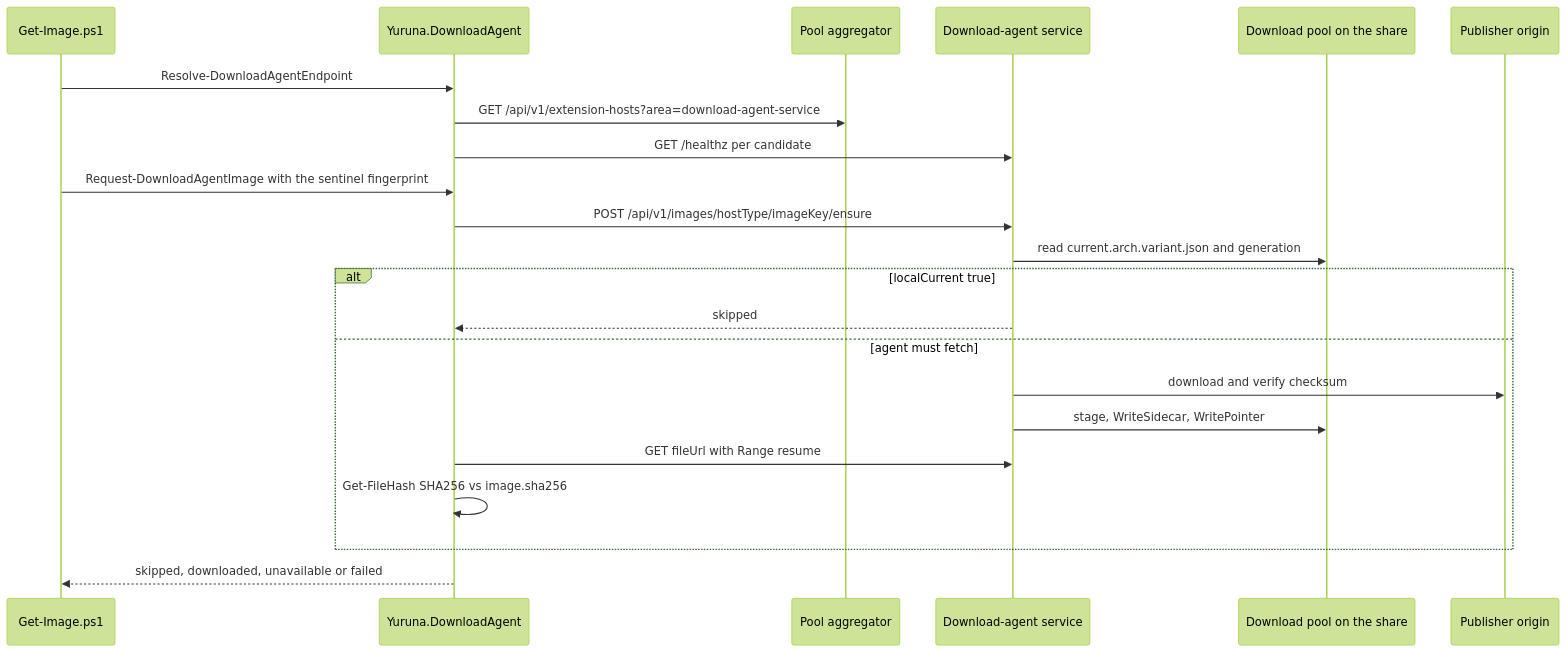
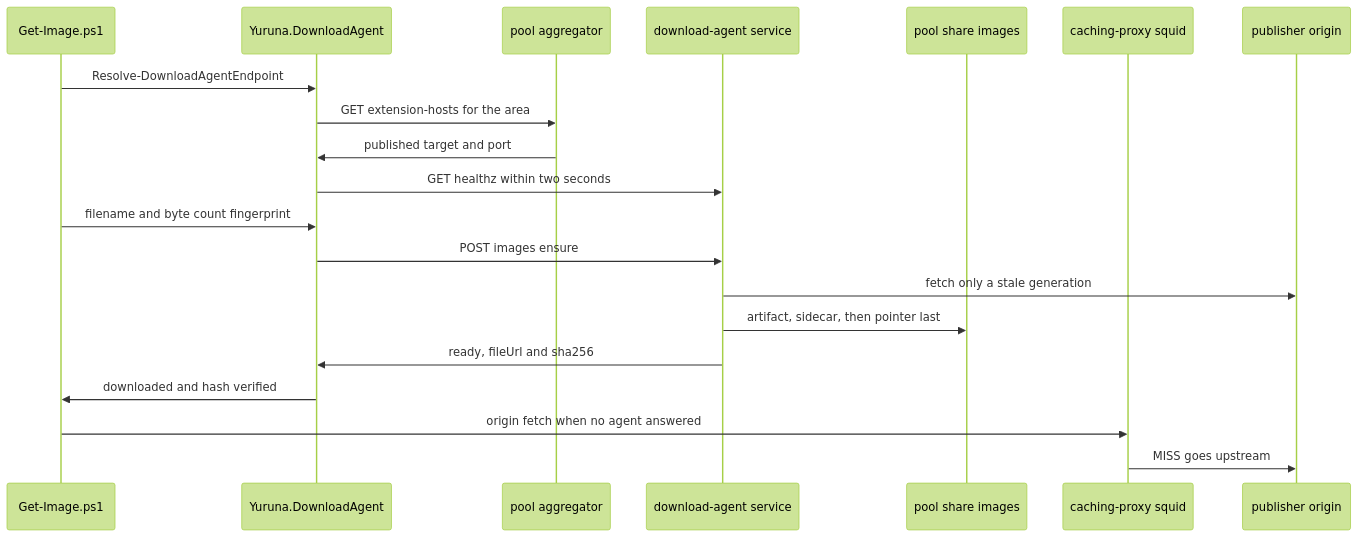
One commit to alissonsol/yuruna changed the fifth of 6 diagrams in docs/design/03-data-flows.md. Above: the diagram before and after it, drawn with Mermaid (forest theme). The commit also changed other lines of this file and 635 other files, not shown here.

````diff
--- a/docs/design/03-data-flows.md
+++ b/docs/design/03-data-flows.md
@@ -404,25 +395,22 @@
 ```mermaid
 sequenceDiagram
-    participant Image as Get-Image.ps1
-    participant Client as Yuruna.DownloadAgent
-    participant Agg as Pool aggregator
-    participant Agent as Download-agent service
-    participant Pool as Download pool on the share
-    participant Origin as Publisher origin
-
-    Image->>Client: Resolve-DownloadAgentEndpoint
-    Client->>Agg: GET /api/v1/extension-hosts?area=download-agent-service
-    Client->>Agent: GET /healthz per candidate
-    Image->>Client: Request-DownloadAgentImage with the sentinel fingerprint
-    Client->>Agent: POST /api/v1/images/hostType/imageKey/ensure
-    Agent->>Pool: read current.arch.variant.json and generation
-    alt localCurrent true
-        Agent-->>Client: skipped
-    else agent must fetch
-        Agent->>Origin: download and verify checksum
-        Agent->>Pool: stage, WriteSidecar, WritePointer
-        Client->>Agent: GET fileUrl with Range resume
-        Client->>Client: Get-FileHash SHA256 vs image.sha256
-    end
-    Client-->>Image: skipped, downloaded, unavailable or failed
+    participant getimage as Get-Image.ps1
+    participant client as Yuruna.DownloadAgent
+    participant aggregator as pool aggregator
+    participant agent as download-agent service
+    participant share as pool share images
+    participant squid as caching-proxy squid
+    participant origin as publisher origin
+    getimage->>client: Resolve-DownloadAgentEndpoint
+    client->>aggregator: GET extension-hosts for the area
+    aggregator->>client: published target and port
+    client->>agent: GET healthz within two seconds
+    getimage->>client: filename and byte count fingerprint
+    client->>agent: POST images ensure
+    agent->>origin: fetch only a stale generation
+    agent->>share: artifact, sidecar, then pointer last
+    agent->>client: ready, fileUrl and sha256
+    client->>getimage: downloaded and hash verified
+    getimage->>squid: origin fetch when no agent answered
+    squid->>origin: MISS goes upstream
 ```
````
